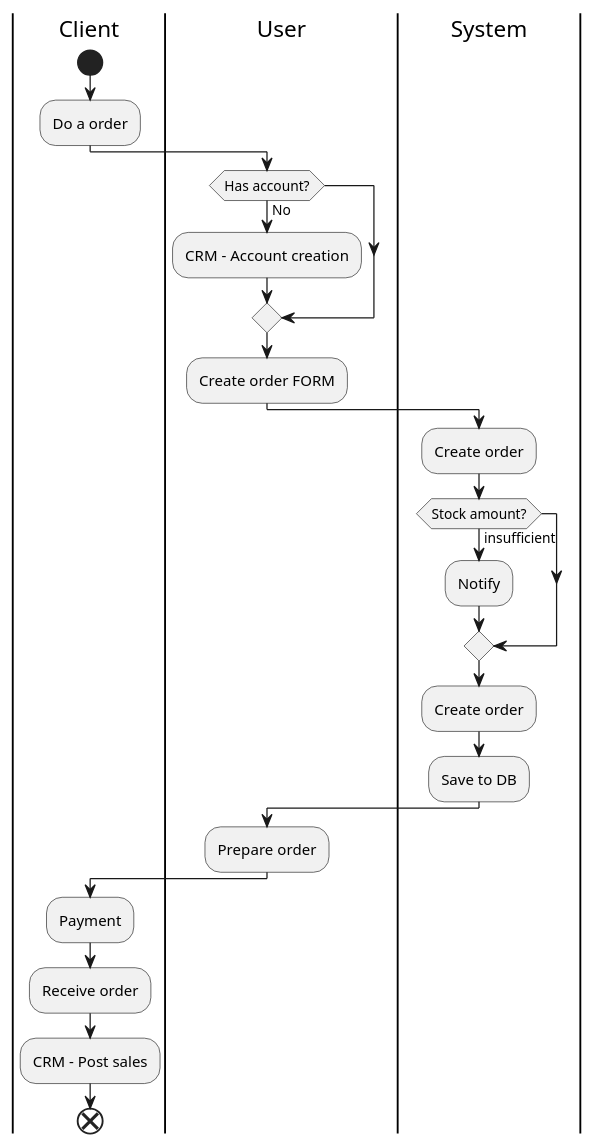
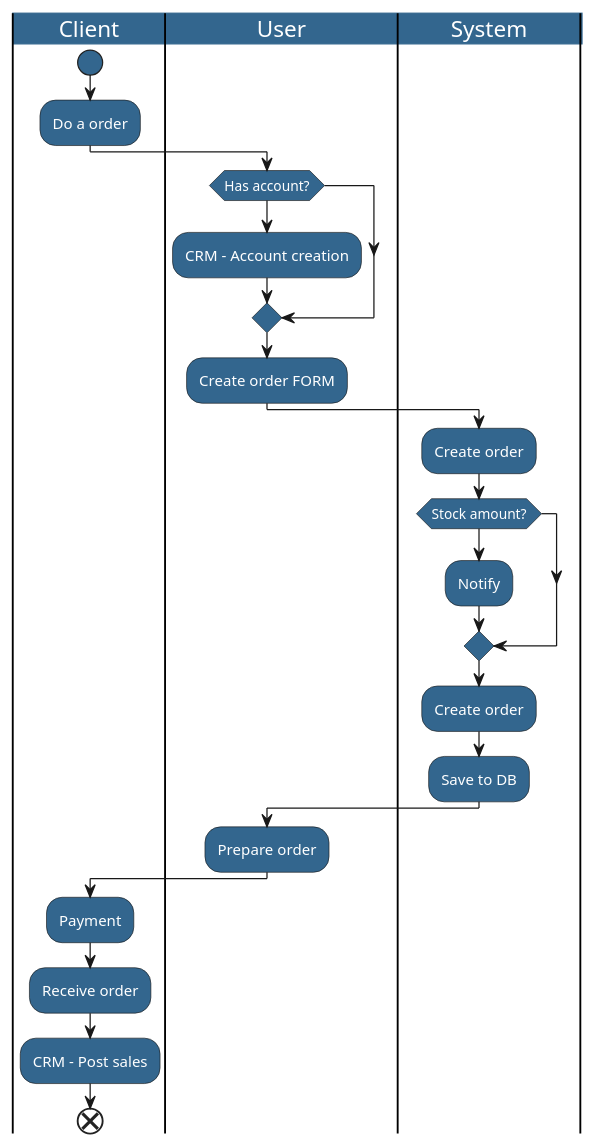
The diagram in Diagrams/GettingStarted/Sales/sales_flow.puml (ines-erp/knowledgebase), drawn with PlantUML before and after one commit.

Commit message:
Adding some styles

```diff
--- a/Diagrams/GettingStarted/Sales/sales_flow.puml
+++ b/Diagrams/GettingStarted/Sales/sales_flow.puml
@@ -1,41 +1,51 @@
 @startuml
+<style>
+activityDiagram {
+  BackgroundColor #33668E
+  FontColor #fff
+}
+
+document {
+    BackgroundColor Transparent
+}
+</style>
 
 |Client|
 start
 :Do a order;
 
 |User|
 if (Has account?) is (No) then
 :CRM - Account creation;
 endif
 
 :Create order FORM;
 
 |System|
 :Create order;
 
 if (Stock amount?) is (insufficient) then
   :Notify;
 endif
 
 :Create order;
 :Save to DB;
 
 |User|
 :Prepare order;
 
 |Client|
 :Payment;
 :Receive order;
 :CRM - Post sales;
 
 end
 
 
 'repeat :Stock management flow;
 'backward:Stock not OK;
 'repeat while (stock amount) is (Not OK)
 
 
 
 @enduml
```
